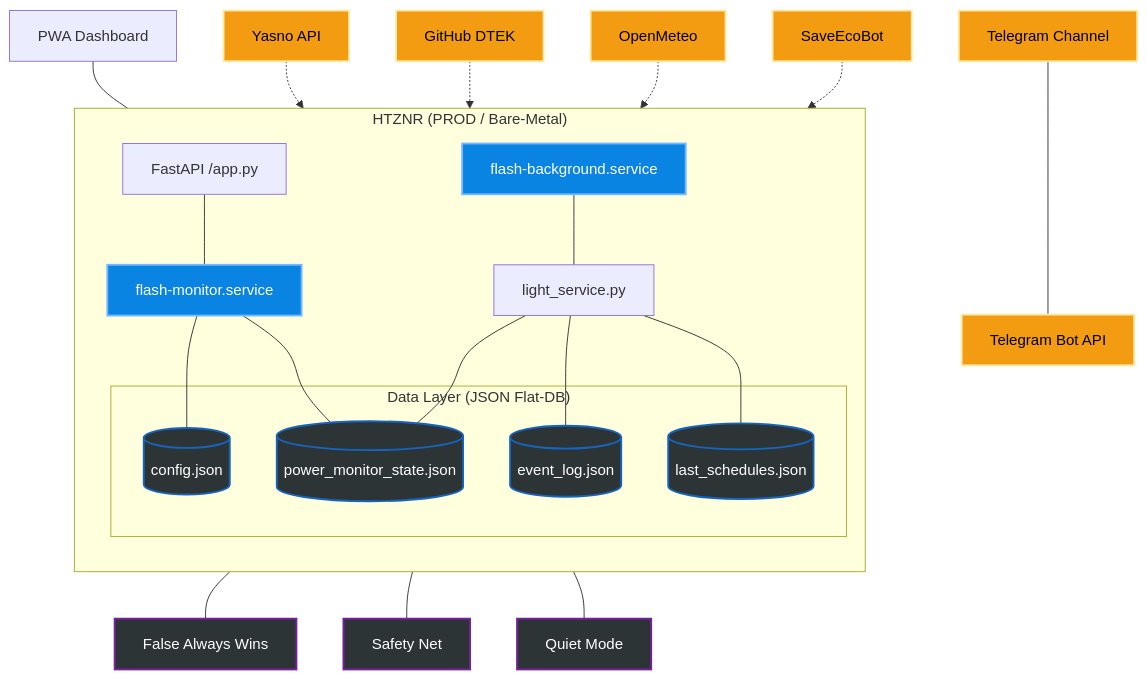
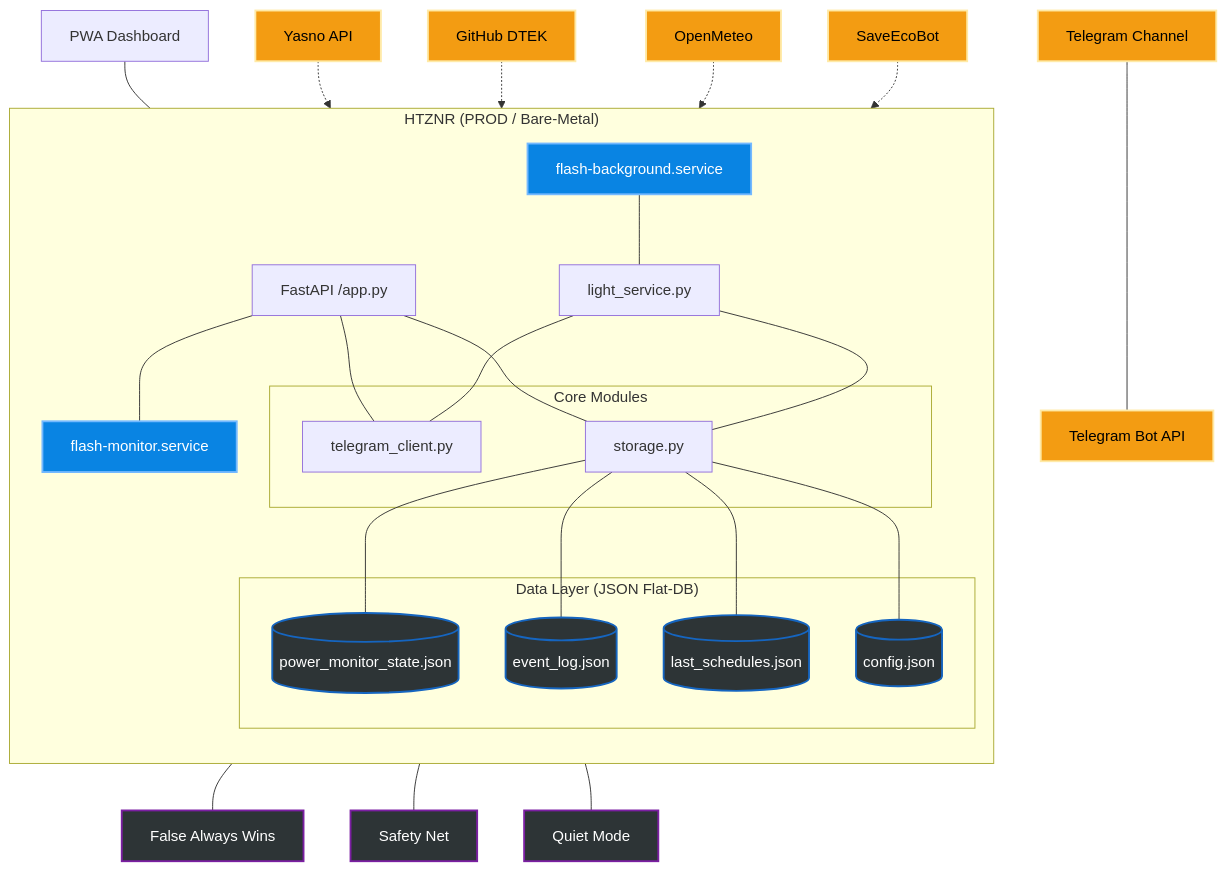
The diagram in README.md (weby-homelab/flash-monitor-kyiv), drawn with Mermaid before and after one commit. The commit also changed other lines of this file and 7 other files, not shown here.

Commit message:
v3.3.0: Core Refactoring & Fail-Safe Architecture (storage.py, telegram_client.py, Fail-safe Quiet Mode)

````diff
--- a/README.md
+++ b/README.md
@@ -89,52 +90,61 @@
 ```mermaid
 graph TD
     %% -- Styles --
     classDef cloud fill:#2d3436,stroke:#7b1fa2,stroke-width:2px,color:#fff
     classDef local fill:#2d3436,stroke:#1565c0,stroke-width:2px,color:#fff
     classDef service fill:#0984e3,stroke:#74b9ff,stroke-width:2px,color:#fff
     classDef security fill:#d63031,stroke:#ff7675,stroke-width:2px,color:#fff
     classDef network fill:#00b894,stroke:#81ecec,stroke-width:2px,color:#fff
     classDef external fill:#f39c12,stroke:#ffeaa7,stroke-width:2px,color:#000
 
     %% -- External & Access Layer --
     TG[Telegram Channel] --- BOT[Telegram Bot API]
     WEB[PWA Dashboard] --- API[FastAPI /app.py]
     
     subgraph "HTZNR (PROD / Bare-Metal)"
         direction TB
         SVC[flash-monitor.service]
         BG[flash-background.service]
         
         API --- SVC
         BG --- LMN[light_service.py]
         
+        subgraph "Core Modules"
+            TC[telegram_client.py]
+            ST[storage.py]
+        end
+        
+        LMN --- TC
+        LMN --- ST
+        API --- ST
+        API --- TC
+        
         subgraph "Data Layer (JSON Flat-DB)"
             STATE[(power_monitor_state.json)]
             CFG[(config.json)]
             LOGS[(event_log.json)]
             SCHED[(last_schedules.json)]
         end
         
-        LMN --- STATE
-        LMN --- LOGS
-        LMN --- SCHED
-        SVC --- CFG
-        SVC --- STATE
+        ST --- STATE
+        ST --- LOGS
+        ST --- SCHED
+        ST --- CFG
     end
 
     %% -- External Sources --
     YASNO[Yasno API] -.-> LMN
     DTEK[GitHub DTEK] -.-> LMN
     METEO[OpenMeteo] -.-> SVC
     AQI[SaveEcoBot] -.-> SVC
 
     %% -- Application Logic --
     LMN --- FN[False Always Wins]
     LMN --- SN[Safety Net]
     LMN --- QM[Quiet Mode]
 
     class TG,BOT,YASNO,DTEK,METEO,AQI external
     class SVC,BG service
     class STATE,CFG,LOGS,SCHED local
     class FN,SN,QM cloud
 ```
````
